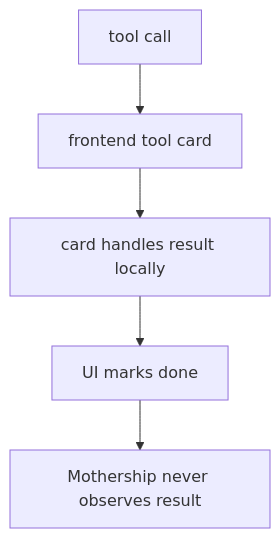
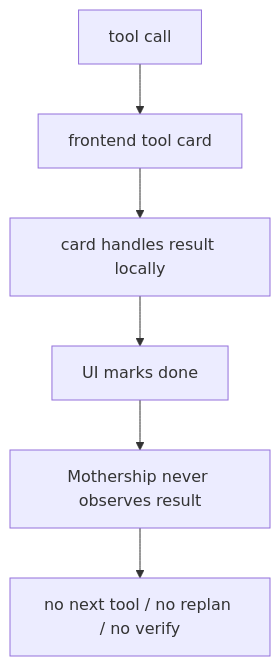
Before and after one commit to nfbs2000/speaky-sim: the third of 5 diagrams in site/docs/mothership-contract/12-tool-result-ownership.md, drawn with Mermaid. The commit also changed other lines of this file and 5 other files, not shown here.

````diff
--- a/site/docs/mothership-contract/12-tool-result-ownership.md
+++ b/site/docs/mothership-contract/12-tool-result-ownership.md
@@ -45,7 +61,8 @@
 ```mermaid
 flowchart TD
   ToolCall["tool call"] --> ToolCard["frontend tool card"]
   ToolCard --> Swallow["card handles result locally"]
   Swallow --> Done["UI marks done"]
   Done --> Broken["Mothership never observes result"]
+  Broken --> NoNext["no next tool / no replan / no verify"]
 ```
````
